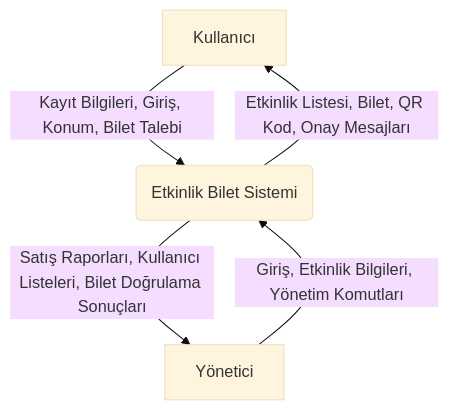
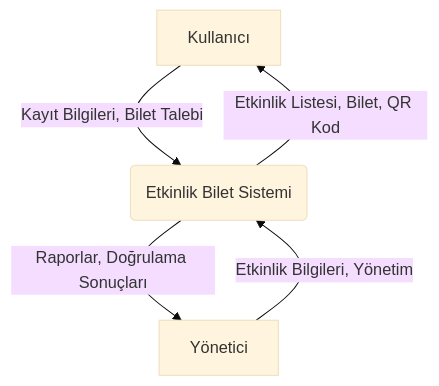
Diagram 11 of 11 in README.md (ahmetakaslan1/Bilet-Takip-Sistemi), drawn with Mermaid (base theme) before and after one commit. The commit also changed other lines of this file, not shown here.

````diff
--- a/README.md
+++ b/README.md
@@ -482,13 +483,12 @@
 ```mermaid
 graph TD
     K[Kullanıcı]
     Y[Yönetici]
-    
     S(Etkinlik Bilet Sistemi)
     
-    K -- "Kayıt Bilgileri, Giriş, Konum, Bilet Talebi" --> S
-    S -- "Etkinlik Listesi, Bilet, QR Kod, Onay Mesajları" --> K
+    K -- "Kayıt Bilgileri, Bilet Talebi" --> S
+    S -- "Etkinlik Listesi, Bilet, QR Kod" --> K
     
-    Y -- "Giriş, Etkinlik Bilgileri, Yönetim Komutları" --> S
-    S -- "Satış Raporları, Kullanıcı Listeleri, Bilet Doğrulama Sonuçları" --> Y
+    Y -- "Etkinlik Bilgileri, Yönetim" --> S
+    S -- "Raporlar, Doğrulama Sonuçları" --> Y
 ```
````
